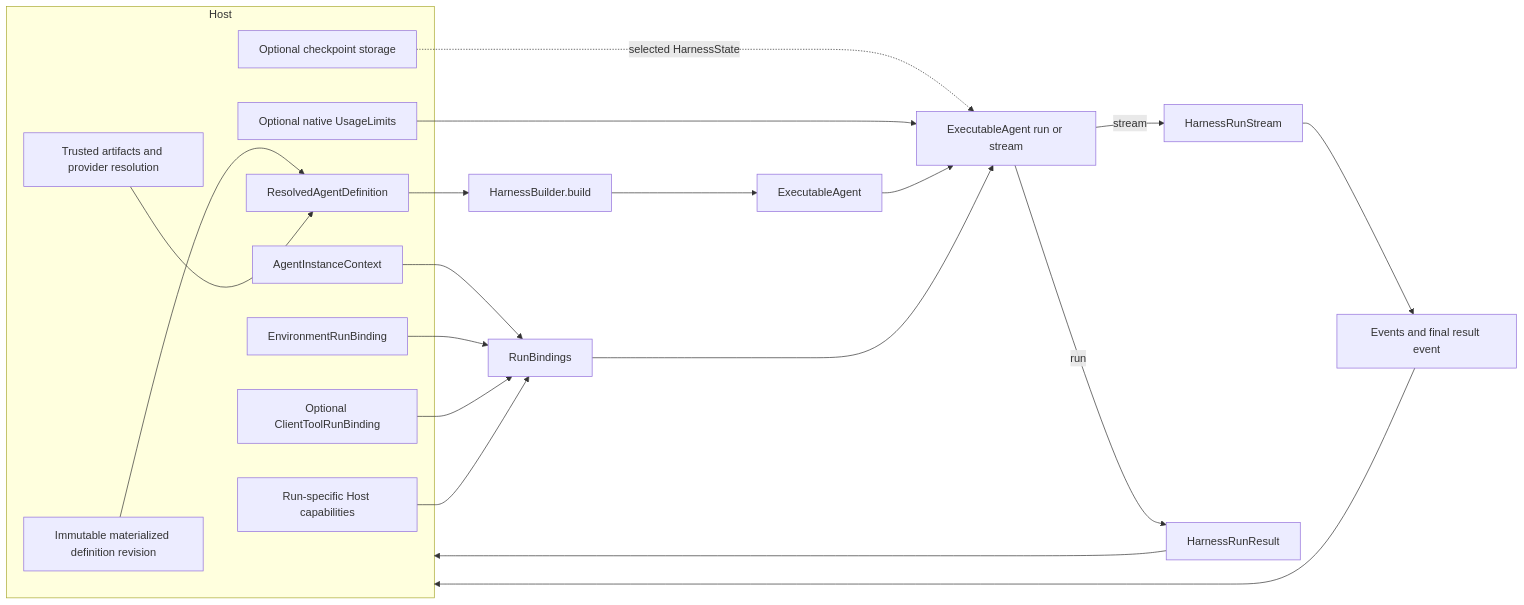
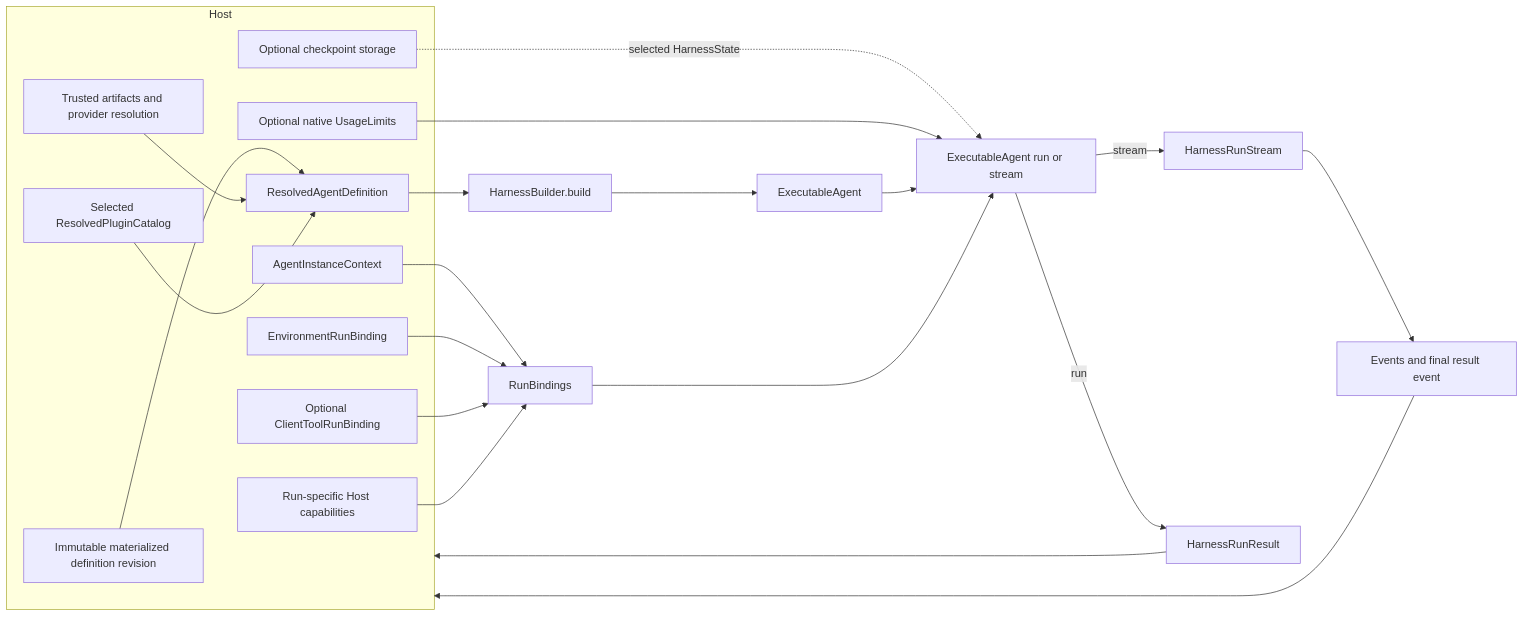
Before and after one commit to LTThreeComma/agent-foundation: the first of 2 diagrams in spec/agent-harness/13-hosting-contract.md, drawn with Mermaid. The commit also changed other lines of this file and 21 other files, not shown here.

First line of the commit message:
feat(harness): define first-class plugin lifecycle

````diff
--- a/spec/agent-harness/13-hosting-contract.md
+++ b/spec/agent-harness/13-hosting-contract.md
@@ -29,26 +29,27 @@
 ```mermaid
 flowchart LR
     subgraph Host
         REV[Immutable materialized definition revision]
         PLUG[Trusted artifacts and provider resolution]
+        CATALOG[Selected ResolvedPluginCatalog]
         PLAN[ResolvedAgentDefinition]
         ID[AgentInstanceContext]
         ENV[EnvironmentRunBinding]
         CLIENT[Optional ClientToolRunBinding]
         STORE[Optional checkpoint storage]
         RUN_CAP[Run-specific Host capabilities]
         LIMITS[Optional native UsageLimits]
     end
 
-    REV & PLUG --> PLAN --> BUILD[HarnessBuilder.build]
+    REV & PLUG & CATALOG --> PLAN --> BUILD[HarnessBuilder.build]
     BUILD --> EXEC[ExecutableAgent]
     ID & ENV & CLIENT --> RB[RunBindings]
     RUN_CAP --> RB
     STORE -. selected HarnessState .-> CALL[ExecutableAgent run or stream]
     LIMITS --> CALL
     EXEC & RB --> CALL
     CALL -->|stream| STREAM[HarnessRunStream]
     CALL -->|run| RESULT[HarnessRunResult]
     STREAM --> OUT[Events and final result event]
     OUT & RESULT --> Host
 ```
````
